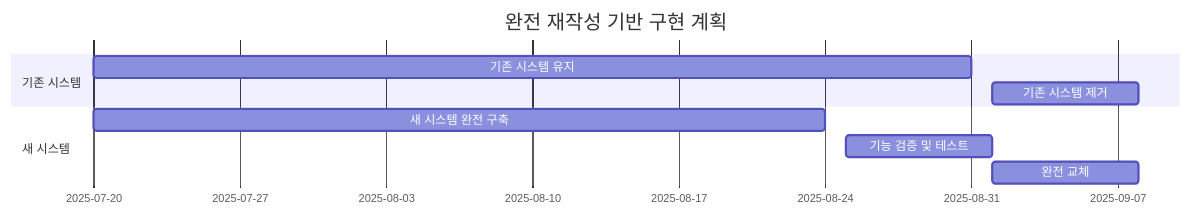
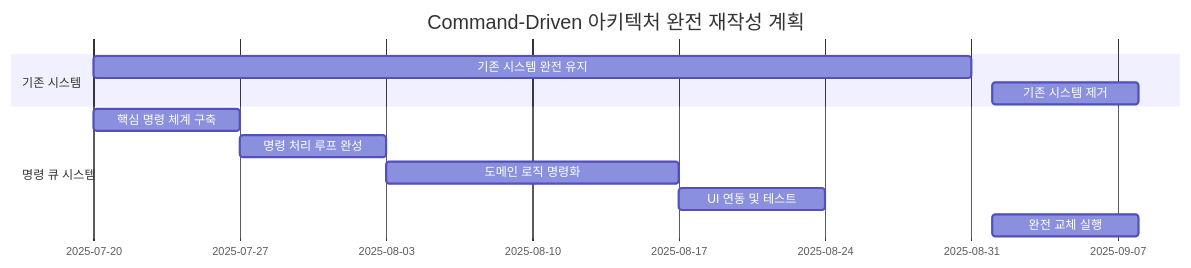
The eighth of 8 diagrams in guide/re-arch-plan2.md (Chanseok/rMatterCertis), drawn with Mermaid before and after one commit. The commit also changed other lines of this file and 32 other files, not shown here.

````diff
--- a/guide/re-arch-plan2.md
+++ b/guide/re-arch-plan2.md
@@ -873,12 +1794,14 @@
 ```mermaid
 gantt
-    title 완전 재작성 기반 구현 계획
+    title Command-Driven 아키텍처 완전 재작성 계획
     dateFormat YYYY-MM-DD
     section 기존 시스템
-    기존 시스템 유지        :existing, 2025-07-20, 6w
-    기존 시스템 제거        :remove, 2025-09-01, 1w
-    section 새 시스템
-    새 시스템 완전 구축     :new, 2025-07-20, 5w
-    기능 검증 및 테스트     :test, 2025-08-25, 1w
-    완전 교체              :switch, 2025-09-01, 1w
+    기존 시스템 완전 유지        :existing, 2025-07-20, 6w
+    기존 시스템 제거           :remove, 2025-09-01, 1w
+    section 명령 큐 시스템
+    핵심 명령 체계 구축         :cmd, 2025-07-20, 1w
+    명령 처리 루프 완성         :loop, 2025-07-27, 1w
+    도메인 로직 명령화          :domain, 2025-08-03, 2w
+    UI 연동 및 테스트          :ui, 2025-08-17, 1w
+    완전 교체 실행             :switch, 2025-09-01, 1w
 ```
````
